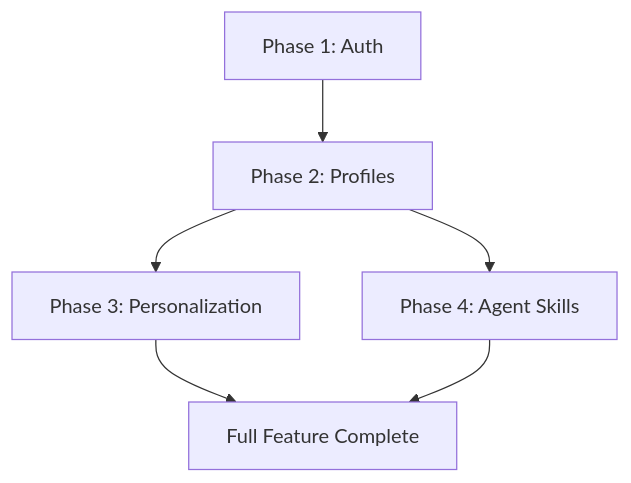
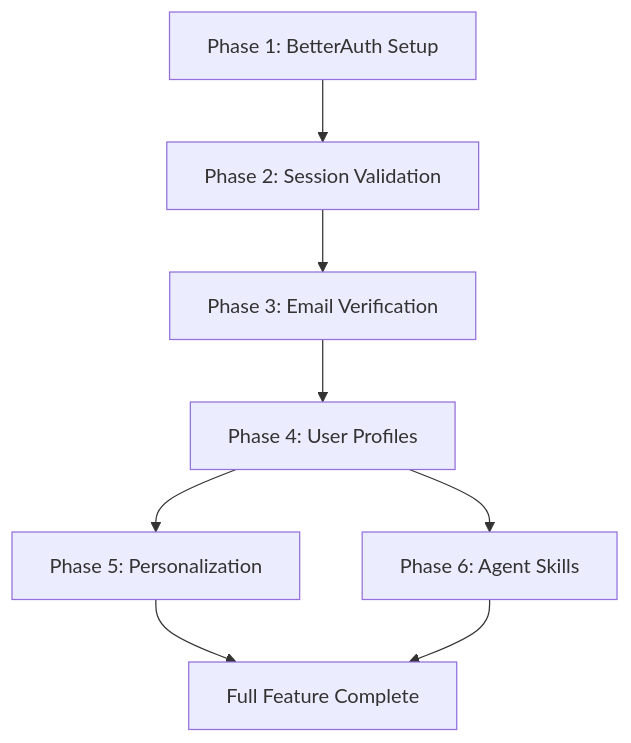
Before and after one commit to Rooh-U-Din/humanoid-book: the diagram in specs/intelligent-personalization-auth/plan.md, drawn with Mermaid. The commit also changed other lines of this file and 65 other files, not shown here.

````diff
--- a/specs/intelligent-personalization-auth/plan.md
+++ b/specs/intelligent-personalization-auth/plan.md
@@ -186,8 +246,10 @@
 ```mermaid
 graph TD
-    A[Phase 1: Auth] --> B[Phase 2: Profiles]
-    B --> C[Phase 3: Personalization]
-    B --> D[Phase 4: Agent Skills]
-    C --> E[Full Feature Complete]
-    D --> E
+    A[Phase 1: BetterAuth Setup] --> B[Phase 2: Session Validation]
+    B --> C[Phase 3: Email Verification]
+    C --> D[Phase 4: User Profiles]
+    D --> E[Phase 5: Personalization]
+    D --> F[Phase 6: Agent Skills]
+    E --> G[Full Feature Complete]
+    F --> G
 ```
````
